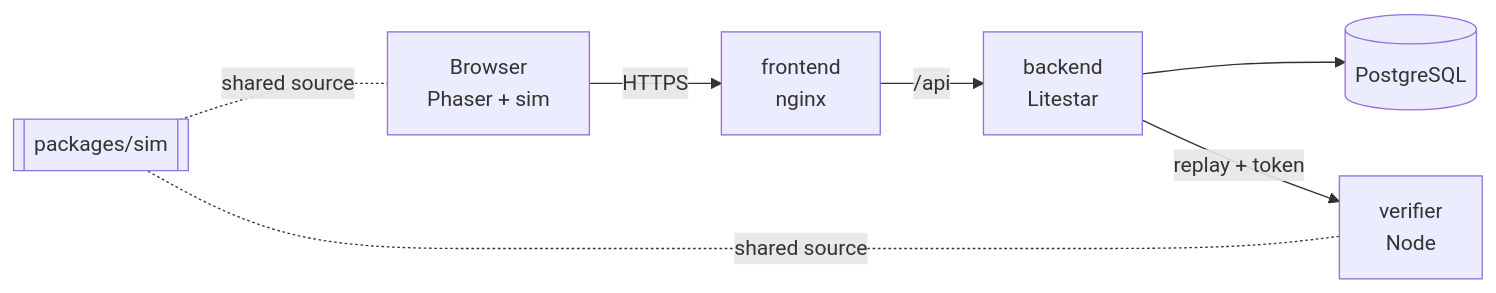
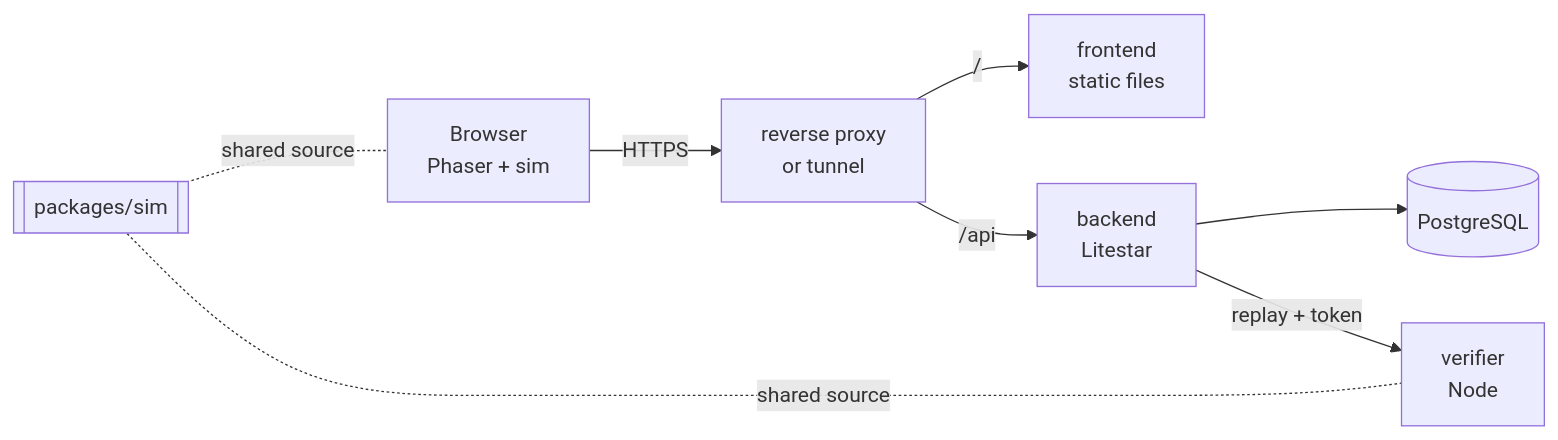
The diagram in docs/ARCHITECTURE.md (theoleuthardt/trust-issues), drawn with Mermaid before and after one commit. The commit also changed other lines of this file and 8 other files, not shown here.

First line of the commit message:
chore: remove the nginx config from the frontend image (#3) (#4)

````diff
--- a/docs/ARCHITECTURE.md
+++ b/docs/ARCHITECTURE.md
@@ -5,9 +5,10 @@
 ```mermaid
 flowchart LR
-    Player[Browser<br/>Phaser + sim] -->|HTTPS| Nginx[frontend<br/>nginx]
-    Nginx -->|/api| Backend[backend<br/>Litestar]
+    Player[Browser<br/>Phaser + sim] -->|HTTPS| Proxy[reverse proxy<br/>or tunnel]
+    Proxy -->|/| Frontend[frontend<br/>static files]
+    Proxy -->|/api| Backend[backend<br/>Litestar]
     Backend --> DB[(PostgreSQL)]
     Backend -->|replay + token| Verifier[verifier<br/>Node]
     Sim[[packages/sim]] -.shared source.- Player
     Sim -.shared source.- Verifier
 ```
````
